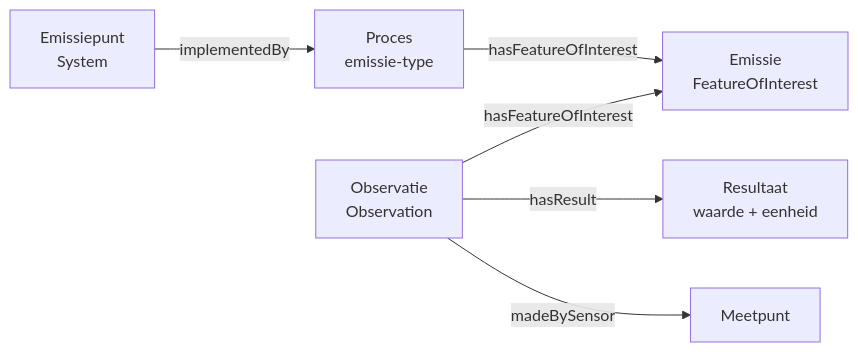
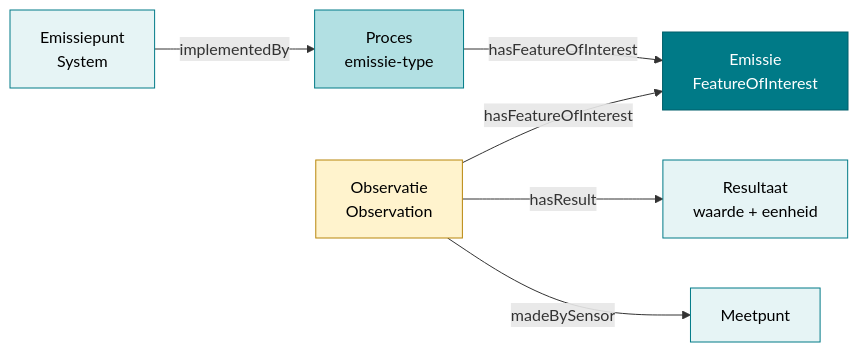
The diagram in documentatie/datamodel/afname/gebruiksscenario.md (milieuinfo/RIE-IEPR), drawn with Mermaid before and after one commit. The commit also changed other lines of this file and 69 other files, not shown here.

````diff
--- a/documentatie/datamodel/afname/gebruiksscenario.md
+++ b/documentatie/datamodel/afname/gebruiksscenario.md
@@ -76,8 +76,15 @@
 ```mermaid
 graph LR
     Emissiepunt["Emissiepunt<br/>System"] -->|implementedBy| Proces["Proces<br/>emissie-type"]
     Proces -->|hasFeatureOfInterest| Emissie["Emissie<br/>FeatureOfInterest"]
     Observatie["Observatie<br/>Observation"] -->|hasFeatureOfInterest| Emissie
     Observatie -->|hasResult| Resultaat["Resultaat<br/>waarde + eenheid"]
     Observatie -->|madeBySensor| Meetpunt["Meetpunt"]
+    
+    style Emissiepunt fill:#e6f4f5,stroke:#007A87,color:#000
+    style Proces fill:#b2e0e3,stroke:#007A87,color:#000
+    style Emissie fill:#007A87,stroke:#005f6a,color:#fff
+    style Observatie fill:#fff3cd,stroke:#b8860b,color:#000
+    style Resultaat fill:#e6f4f5,stroke:#007A87,color:#000
+    style Meetpunt fill:#e6f4f5,stroke:#007A87,color:#000
 ```
````
